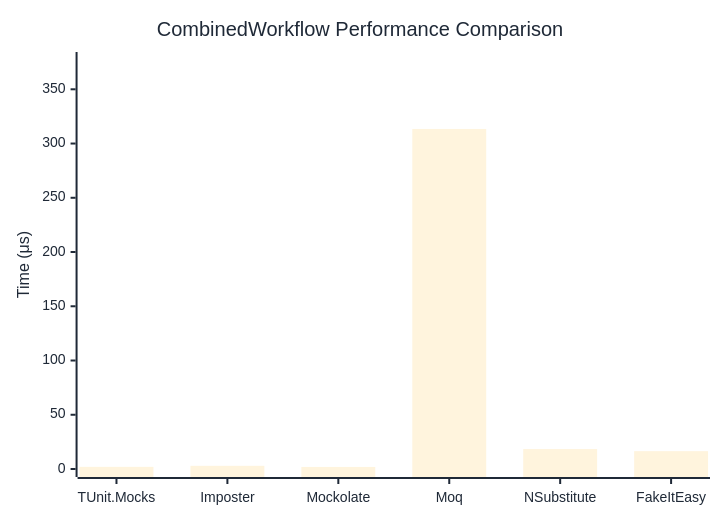
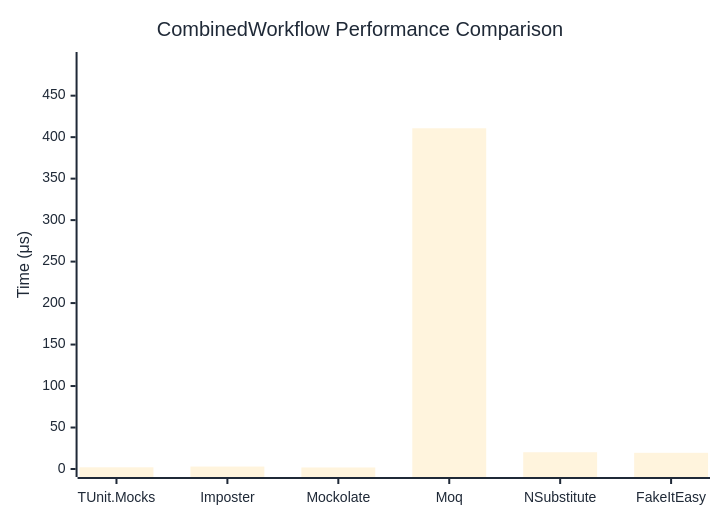
The diagram in docs/docs/benchmarks/mocks/CombinedWorkflow.md (thomhurst/TUnit), drawn with Mermaid before and after one commit. The commit also changed other lines of this file and 14 other files, not shown here.

````diff
--- a/docs/docs/benchmarks/mocks/CombinedWorkflow.md
+++ b/docs/docs/benchmarks/mocks/CombinedWorkflow.md
@@ -30,27 +30,27 @@
 ```mermaid
 %%{init: {
   'theme':'base',
   'themeVariables': {
     'primaryColor': '#2563eb',
     'primaryTextColor': '#1f2937',
     'primaryBorderColor': '#1e40af',
     'lineColor': '#6b7280',
     'secondaryColor': '#7c3aed',
     'tertiaryColor': '#dc2626',
     'background': '#ffffff',
     'pie1': '#2563eb',
     'pie2': '#7c3aed',
     'pie3': '#dc2626',
     'pie4': '#f59e0b',
     'pie5': '#10b981',
     'pie6': '#06b6d4',
     'pie7': '#ec4899',
     'pie8': '#6366f1'
   }
 }}%%
 xychart-beta
   title "CombinedWorkflow Performance Comparison"
   x-axis ["TUnit.Mocks", "Imposter", "Mockolate", "Moq", "NSubstitute", "FakeItEasy"]
-  y-axis "Time (μs)" 0 --> 377
-  bar [1.982, 2.931, 1.908, 313.431, 18.399, 16.442]
+  y-axis "Time (μs)" 0 --> 493
+  bar [2.029, 2.959, 1.833, 410.69, 20.2, 19.517]
 ```
````
